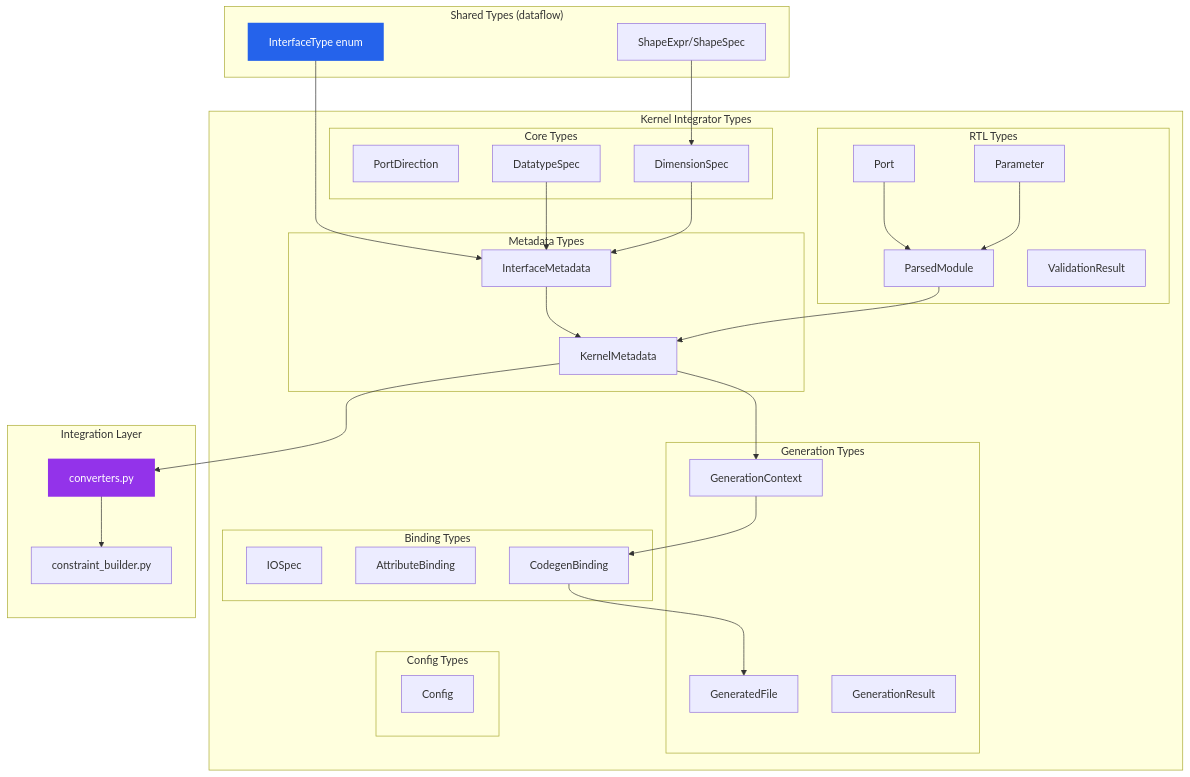
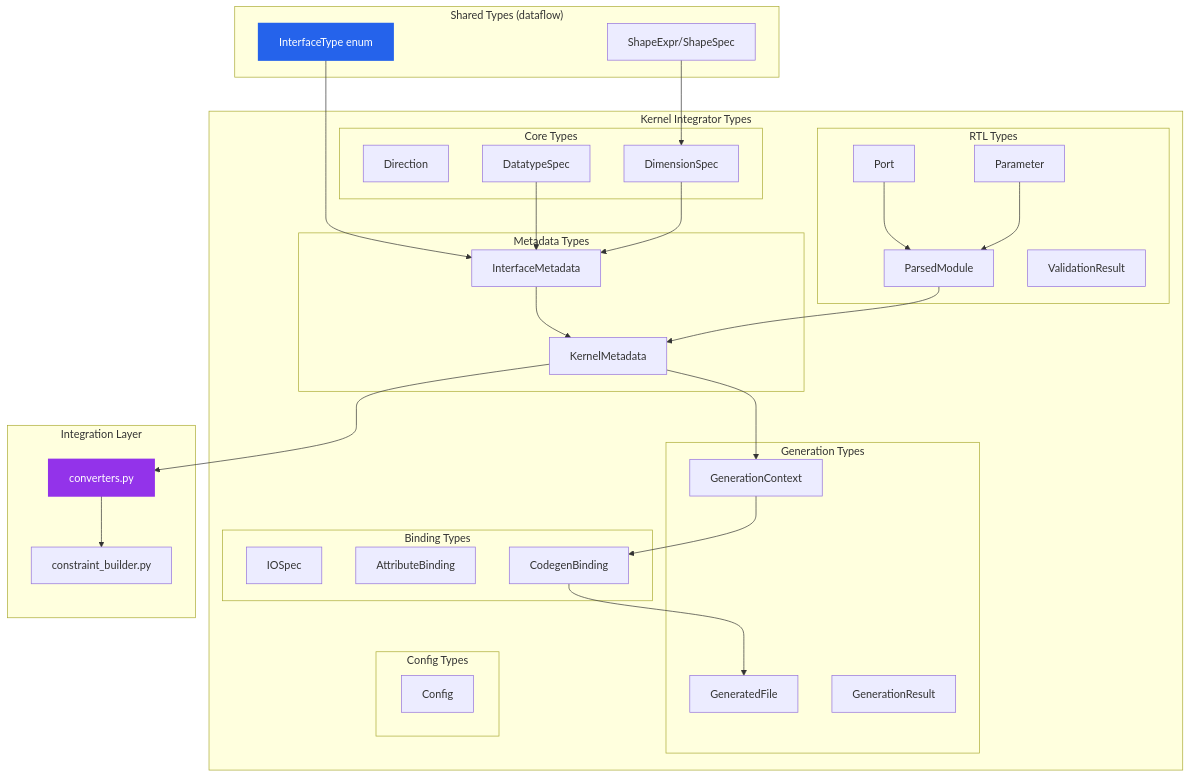
The second of 4 diagrams in brainsmith/tools/kernel_integrator/ARCHITECTURE.md (microsoft/Brainsmith), drawn with Mermaid before and after one commit. The commit also changed other lines of this file and 14 other files, not shown here.

````diff
--- a/brainsmith/tools/kernel_integrator/ARCHITECTURE.md
+++ b/brainsmith/tools/kernel_integrator/ARCHITECTURE.md
@@ -75,69 +75,69 @@
 ```mermaid
 flowchart TB
     subgraph "Shared Types (dataflow)"
         InterfaceType[InterfaceType enum]
         ShapeExpr[ShapeExpr/ShapeSpec]
     end
     
     subgraph "Kernel Integrator Types"
         subgraph "Core Types"
-            PortDirection[PortDirection]
+            Direction[Direction]
             DatatypeSpec[DatatypeSpec]
             DimensionSpec[DimensionSpec]
         end
         
         subgraph "RTL Types"
             Port[Port]
             Parameter[Parameter]
             ParsedModule[ParsedModule]
             ValidationResult[ValidationResult]
         end
         
         subgraph "Metadata Types"
             InterfaceMetadata[InterfaceMetadata]
             KernelMetadata[KernelMetadata]
         end
         
         subgraph "Generation Types"
             GeneratedFile[GeneratedFile]
             GenerationContext[GenerationContext]
             GenerationResult[GenerationResult]
         end
         
         subgraph "Binding Types"
             IOSpec[IOSpec]
             AttributeBinding[AttributeBinding]
             CodegenBinding[CodegenBinding]
         end
         
         subgraph "Config Types"
             Config[Config]
         end
     end
     
     subgraph "Integration Layer"
         Converters[converters.py]
         ConstraintBuilder[constraint_builder.py]
     end
     
     InterfaceType --> InterfaceMetadata
     ShapeExpr --> DimensionSpec
     
     DatatypeSpec --> InterfaceMetadata
     DimensionSpec --> InterfaceMetadata
     InterfaceMetadata --> KernelMetadata
     
     Port --> ParsedModule
     Parameter --> ParsedModule
     ParsedModule --> KernelMetadata
     
     KernelMetadata --> GenerationContext
     GenerationContext --> CodegenBinding
     CodegenBinding --> GeneratedFile
     
     KernelMetadata --> Converters
     Converters --> ConstraintBuilder
     
     style InterfaceType fill:#2563eb,color:#fff,stroke:#2563eb,stroke-width:2px
     style Converters fill:#9333ea,color:#fff,stroke:#9333ea,stroke-width:2px
 ```
````
